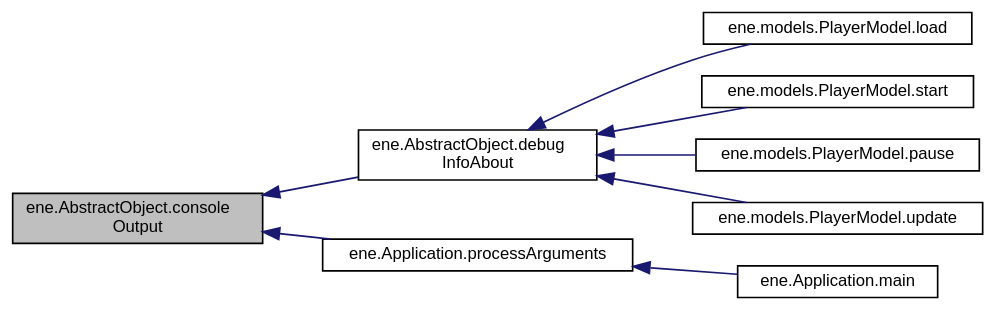
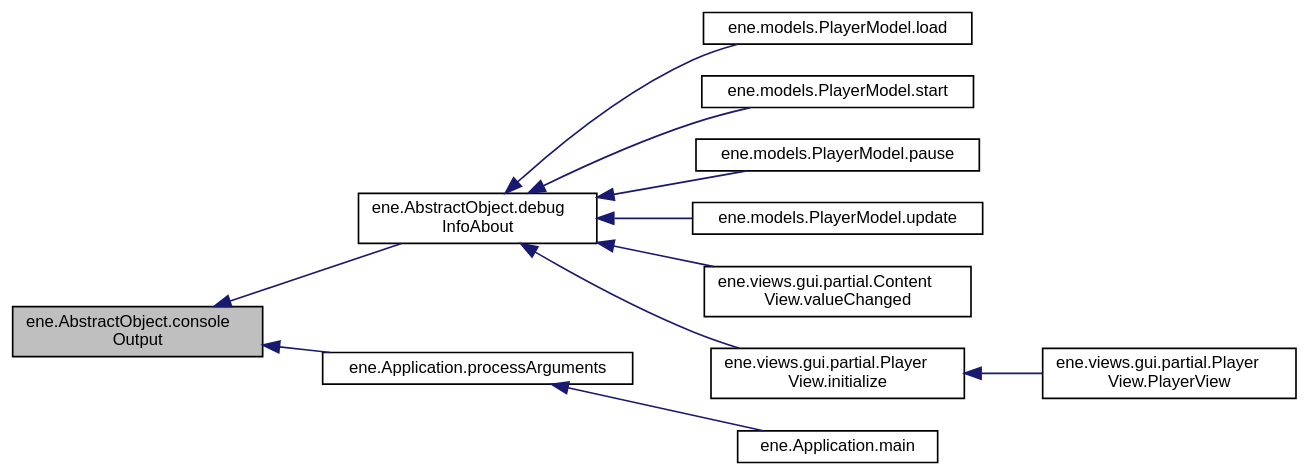
One commit to vivi90/ene changed the diagram in docs/classene_1_1AbstractObject_a9ce30d3321c7ce794df2f07bdaf3e47c_icgraph.dot. Above: the diagram before and after it, drawn with Graphviz. The commit also changed 160 other files, not shown here.

```diff
--- a/docs/classene_1_1AbstractObject_a9ce30d3321c7ce794df2f07bdaf3e47c_icgraph.dot
+++ b/docs/classene_1_1AbstractObject_a9ce30d3321c7ce794df2f07bdaf3e47c_icgraph.dot
@@ -1,22 +1,28 @@
 digraph "ene.AbstractObject.consoleOutput"
 {
   bgcolor="transparent";
   edge [fontname="Helvetica",fontsize="10",labelfontname="Helvetica",labelfontsize="10"];
   node [fontname="Helvetica",fontsize="10",shape=record];
   rankdir="LR";
   Node1 [label="ene.AbstractObject.console\lOutput",height=0.2,width=0.4,color="black", fillcolor="grey75", style="filled", fontcolor="black"];
   Node1 -> Node2 [dir="back",color="midnightblue",fontsize="10",style="solid",fontname="Helvetica"];
   Node2 [label="ene.AbstractObject.debug\lInfoAbout",height=0.2,width=0.4,color="black",URL="$classene_1_1AbstractObject.html#aff9619cf289ec83735b6c6ca2c12e020"];
   Node2 -> Node3 [dir="back",color="midnightblue",fontsize="10",style="solid",fontname="Helvetica"];
   Node3 [label="ene.models.PlayerModel.load",height=0.2,width=0.4,color="black",URL="$classene_1_1models_1_1PlayerModel.html#a2c4655428b658dee3203787415a516a5"];
   Node2 -> Node4 [dir="back",color="midnightblue",fontsize="10",style="solid",fontname="Helvetica"];
   Node4 [label="ene.models.PlayerModel.start",height=0.2,width=0.4,color="black",URL="$classene_1_1models_1_1PlayerModel.html#a7d0471082171de01773a1da88cb3652d"];
   Node2 -> Node5 [dir="back",color="midnightblue",fontsize="10",style="solid",fontname="Helvetica"];
   Node5 [label="ene.models.PlayerModel.pause",height=0.2,width=0.4,color="black",URL="$classene_1_1models_1_1PlayerModel.html#afdcaa5e17ecdfbccad3ac8e702914e00"];
   Node2 -> Node6 [dir="back",color="midnightblue",fontsize="10",style="solid",fontname="Helvetica"];
   Node6 [label="ene.models.PlayerModel.update",height=0.2,width=0.4,color="black",URL="$classene_1_1models_1_1PlayerModel.html#a108968d6fd2beb7e322bba50028d32b1"];
-  Node1 -> Node7 [dir="back",color="midnightblue",fontsize="10",style="solid",fontname="Helvetica"];
-  Node7 [label="ene.Application.processArguments",height=0.2,width=0.4,color="black",URL="$classene_1_1Application.html#a096fa8803429fdb43c79cde1705b489f"];
-  Node7 -> Node8 [dir="back",color="midnightblue",fontsize="10",style="solid",fontname="Helvetica"];
-  Node8 [label="ene.Application.main",height=0.2,width=0.4,color="black",URL="$classene_1_1Application.html#a336bc7b9857591df7cc547781aacbf10"];
+  Node2 -> Node7 [dir="back",color="midnightblue",fontsize="10",style="solid",fontname="Helvetica"];
+  Node7 [label="ene.views.gui.partial.Content\lView.valueChanged",height=0.2,width=0.4,color="black",URL="$classene_1_1views_1_1gui_1_1partial_1_1ContentView.html#a647b8caeddca89d41f45fde6ee9389dc"];
+  Node2 -> Node8 [dir="back",color="midnightblue",fontsize="10",style="solid",fontname="Helvetica"];
+  Node8 [label="ene.views.gui.partial.Player\lView.initialize",height=0.2,width=0.4,color="black",URL="$classene_1_1views_1_1gui_1_1partial_1_1PlayerView.html#a6a20ce866e62ced7476b666fe891b10a"];
+  Node8 -> Node9 [dir="back",color="midnightblue",fontsize="10",style="solid",fontname="Helvetica"];
+  Node9 [label="ene.views.gui.partial.Player\lView.PlayerView",height=0.2,width=0.4,color="black",URL="$classene_1_1views_1_1gui_1_1partial_1_1PlayerView.html#a87a7a4837fc2b68df6bf06984881a7ea"];
+  Node1 -> Node10 [dir="back",color="midnightblue",fontsize="10",style="solid",fontname="Helvetica"];
+  Node10 [label="ene.Application.processArguments",height=0.2,width=0.4,color="black",URL="$classene_1_1Application.html#a096fa8803429fdb43c79cde1705b489f"];
+  Node10 -> Node11 [dir="back",color="midnightblue",fontsize="10",style="solid",fontname="Helvetica"];
+  Node11 [label="ene.Application.main",height=0.2,width=0.4,color="black",URL="$classene_1_1Application.html#a336bc7b9857591df7cc547781aacbf10"];
 }
```
